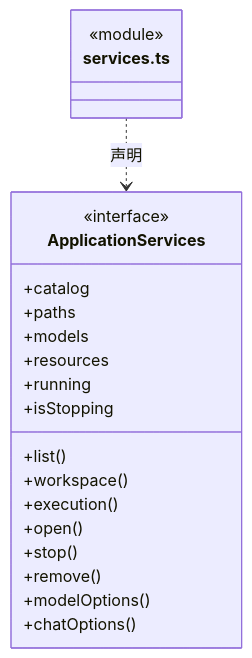
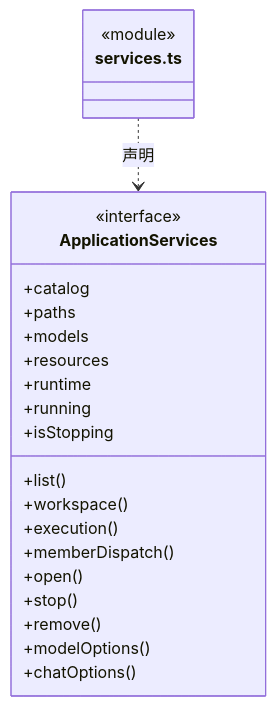
One commit to nan023062/cbim changed the second of 3 diagrams in src/backend/main/ipc/ARCHITECTURE.md. Above: the diagram before and after it, drawn with Mermaid. The commit also changed other lines of this file and 211 other files, not shown here.

````diff
--- a/src/backend/main/ipc/ARCHITECTURE.md
+++ b/src/backend/main/ipc/ARCHITECTURE.md
@@ -31,24 +31,26 @@
 ```mermaid
 classDiagram
 class N_src_backend_main_ipc_services_ts["services.ts"] {
   <<module>>
 }
 class N_src_backend_main_ipc_services_ts_ApplicationServices["ApplicationServices"] {
   <<interface>>
   +catalog
   +paths
   +models
   +resources
+  +runtime
   +running
   +isStopping
   +list()
   +workspace()
   +execution()
+  +memberDispatch()
   +open()
   +stop()
   +remove()
   +modelOptions()
   +chatOptions()
 }
 N_src_backend_main_ipc_services_ts ..> N_src_backend_main_ipc_services_ts_ApplicationServices : 声明
 ```
````
